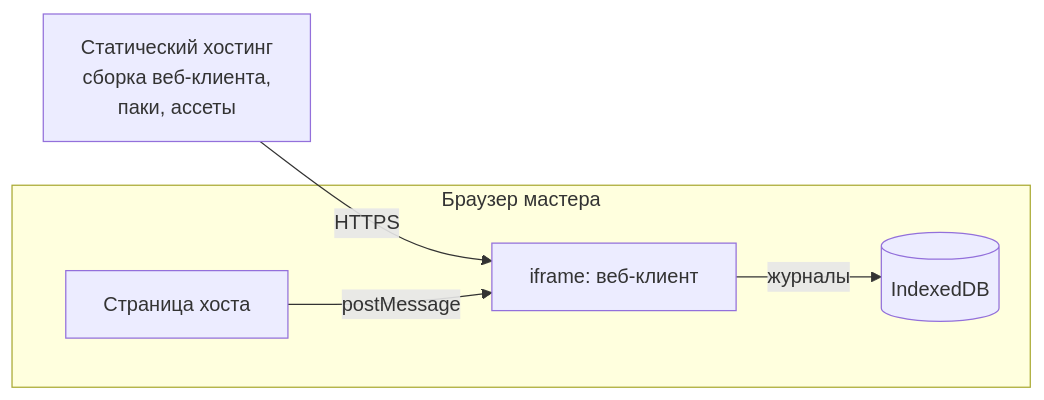
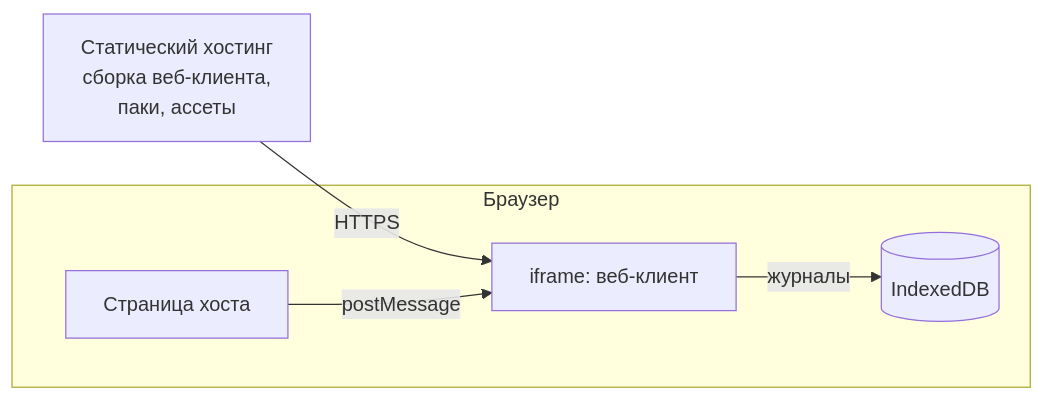
The first of 2 diagrams in docs/architecture/06-deployment.md (LinKav20/Heroes2dBattleGame), drawn with Mermaid before and after one commit. The commit also changed other lines of this file and 53 other files, not shown here.

````diff
--- a/docs/architecture/06-deployment.md
+++ b/docs/architecture/06-deployment.md
@@ -9,12 +11,12 @@
 ```mermaid
 flowchart LR
   ST["Статический хостинг<br/>сборка веб-клиента,<br/>паки, ассеты"]
-  subgraph PC["Браузер мастера"]
+  subgraph PC["Браузер"]
     HOSTPAGE["Страница хоста"]
     IFR["iframe: веб-клиент"]
     IDB[("IndexedDB")]
   end
   ST -- "HTTPS" --> IFR
   HOSTPAGE -- "postMessage" --> IFR
   IFR -- "журналы" --> IDB
 ```
````
